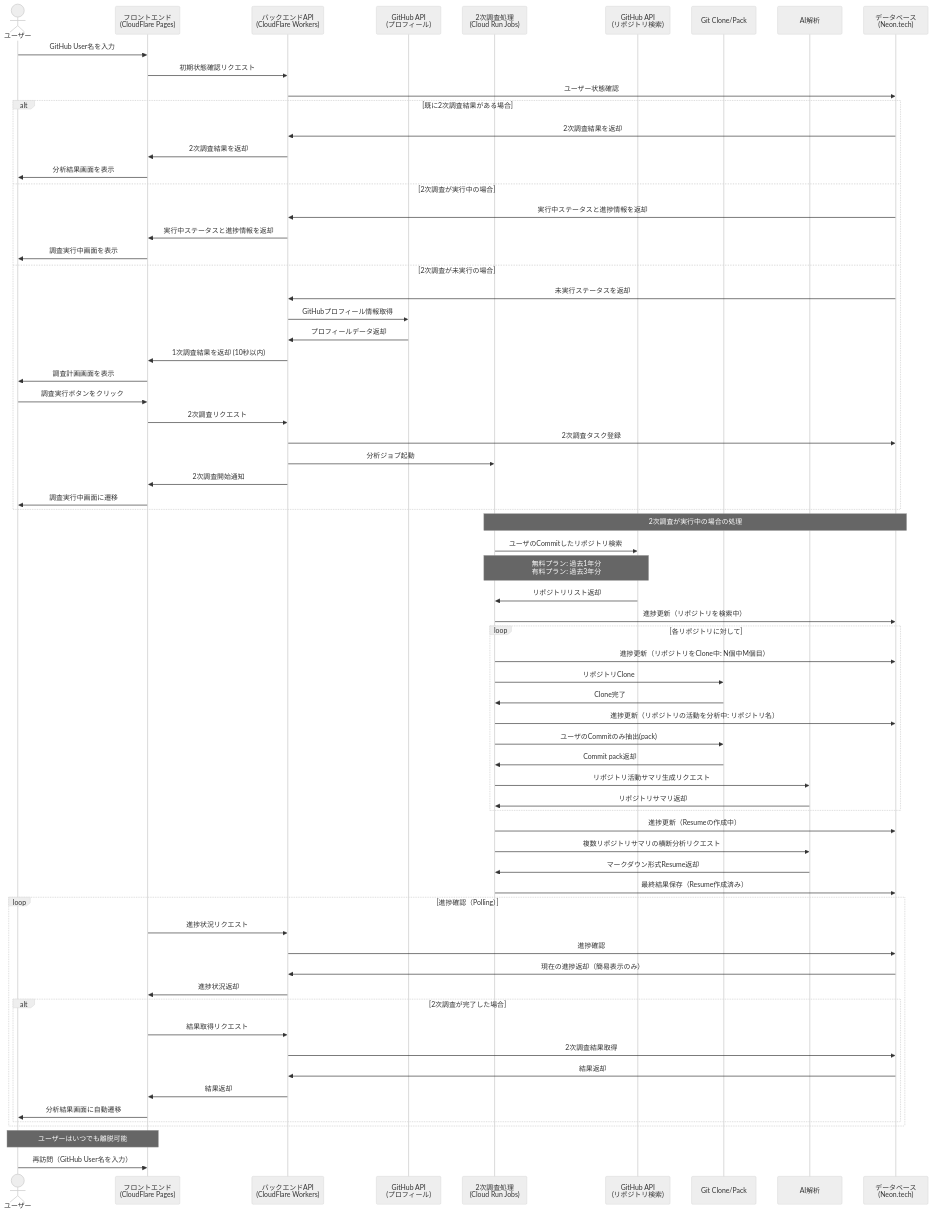
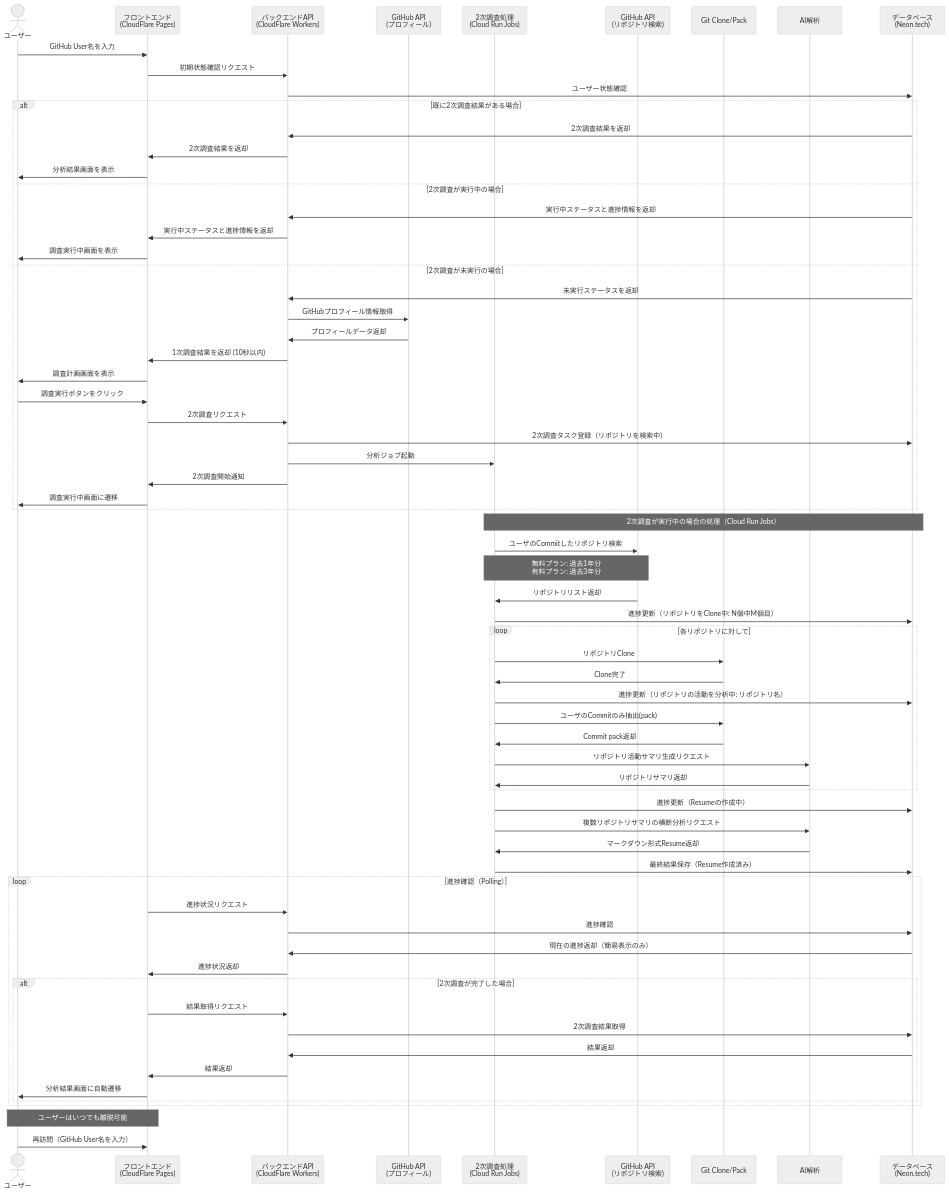
One commit to ToyB0x/git-resume changed the diagram in docs/epic/deep-research-architecture-and-design/README.md. Above: the diagram before and after it, drawn with Mermaid (neutral theme). The commit also changed other lines of this file, not shown here.

```diff
--- a/docs/epic/deep-research-architecture-and-design/README.md
+++ b/docs/epic/deep-research-architecture-and-design/README.md
@@ -191,21 +193,24 @@
         %% 2次調査の開始
         User->>FE: 調査実行ボタンをクリック
         FE->>BE: 2次調査リクエスト
-        BE->>DB: 2次調査タスク登録
+        
+        %% CloudFlare Workersが最初の進捗状態を記録
+        BE->>DB: 2次調査タスク登録（リポジトリを検索中）
         BE->>Job: 分析ジョブ起動
         BE->>FE: 2次調査開始通知
         FE->>User: 調査実行中画面に遷移
     end
     
     %% バックグラウンド処理（詳細なステップ）
-    Note over Job,DB: 2次調査が実行中の場合の処理
+    Note over Job,DB: 2次調査が実行中の場合の処理（Cloud Run Jobs）
     Job->>GH2: ユーザのCommitしたリポジトリ検索
     Note over Job,GH2: 無料プラン: 過去1年分<br>有料プラン: 過去3年分
     GH2->>Job: リポジトリリスト返却
-    Job->>DB: 進捗更新（リポジトリを検索中）
+    
+    %% Cloud Run Jobsによる進捗状態の更新
+    Job->>DB: 進捗更新（リポジトリをClone中: N個中M個目）
     
     loop 各リポジトリに対して
-        Job->>DB: 進捗更新（リポジトリをClone中: N個中M個目）
         Job->>Git: リポジトリClone
         Git->>Job: Clone完了
         
```
